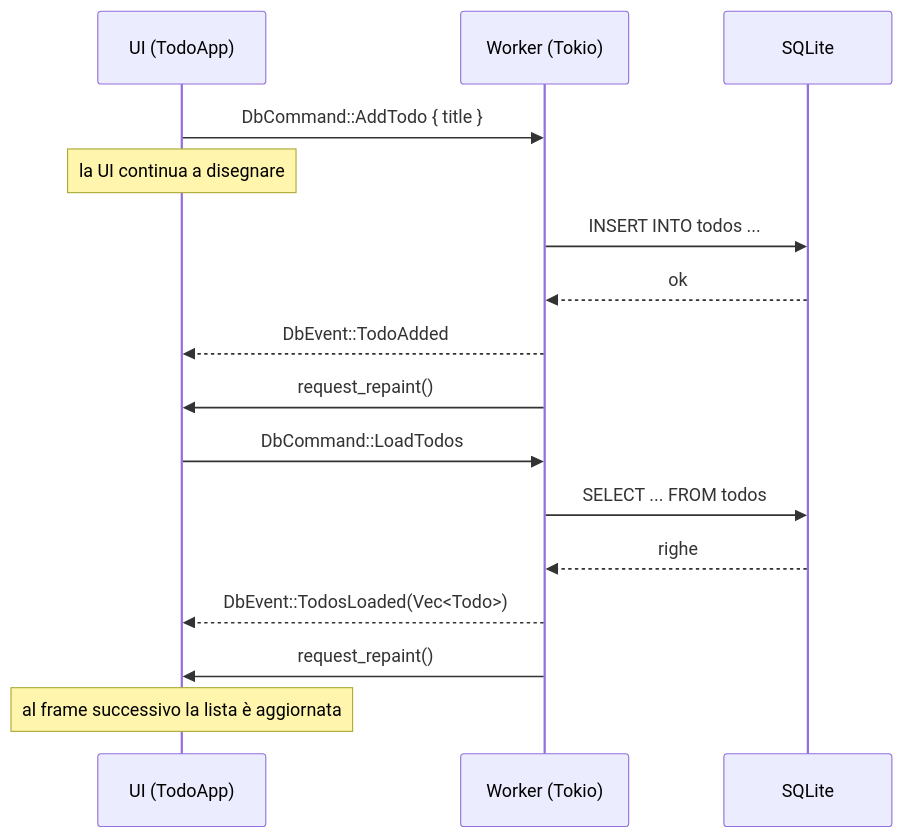
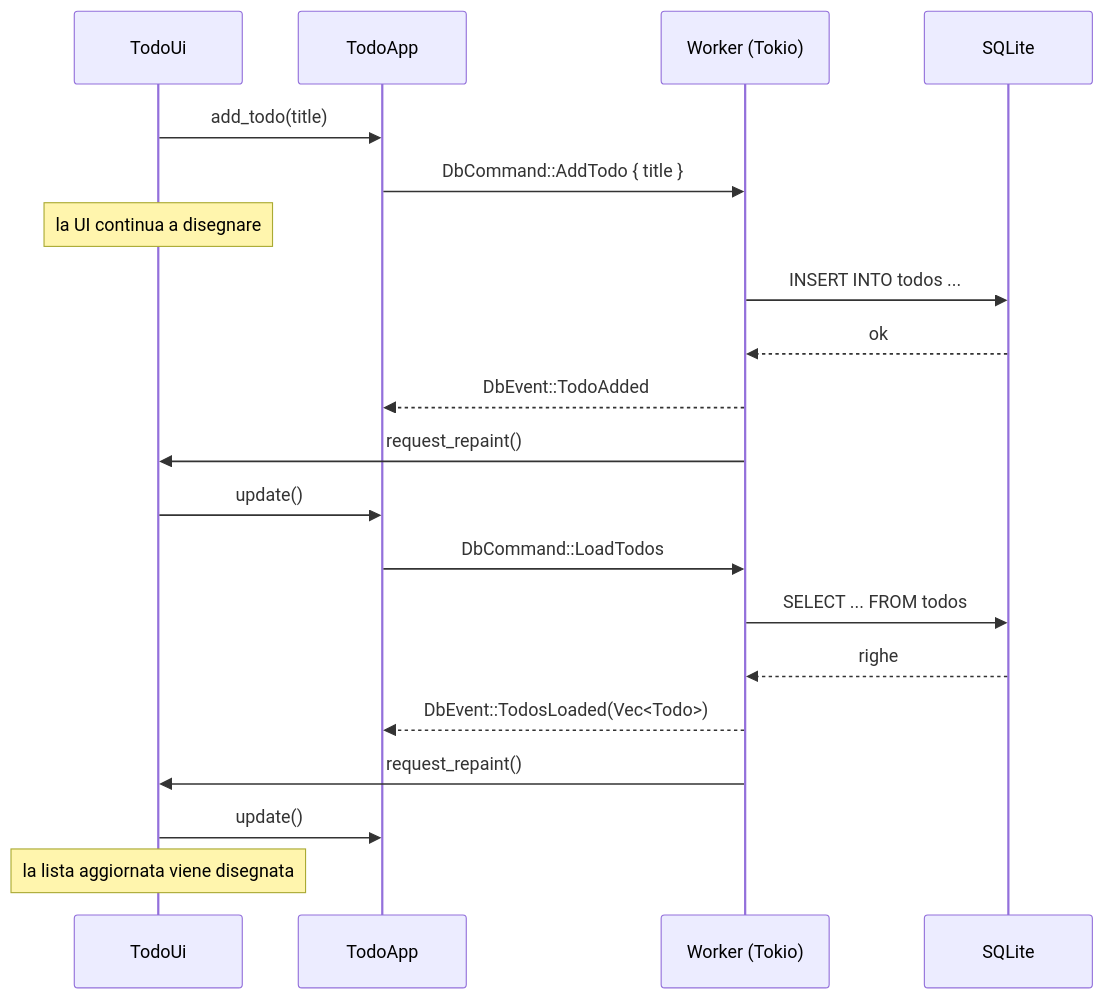
The second of 4 diagrams in README.md (marc0x71/esempio-egui-sqlx), drawn with Mermaid before and after one commit. The commit also changed other lines of this file, not shown here.

Commit message:
docs(readme): update architecture to the layered design and add testing section

````diff
--- a/README.md
+++ b/README.md
@@ -45,19 +49,23 @@
 ```mermaid
 sequenceDiagram
-    participant U as UI (TodoApp)
+    participant UI as TodoUi
+    participant A as TodoApp
     participant W as Worker (Tokio)
     participant DB as SQLite
 
-    U->>W: DbCommand::AddTodo { title }
-    Note over U: la UI continua a disegnare
+    UI->>A: add_todo(title)
+    A->>W: DbCommand::AddTodo { title }
+    Note over UI: la UI continua a disegnare
     W->>DB: INSERT INTO todos ...
     DB-->>W: ok
-    W-->>U: DbEvent::TodoAdded
-    W->>U: request_repaint()
-    U->>W: DbCommand::LoadTodos
+    W-->>A: DbEvent::TodoAdded
+    W->>UI: request_repaint()
+    UI->>A: update()
+    A->>W: DbCommand::LoadTodos
     W->>DB: SELECT ... FROM todos
     DB-->>W: righe
-    W-->>U: DbEvent::TodosLoaded(Vec<Todo>)
-    W->>U: request_repaint()
-    Note over U: al frame successivo la lista è aggiornata
+    W-->>A: DbEvent::TodosLoaded(Vec<Todo>)
+    W->>UI: request_repaint()
+    UI->>A: update()
+    Note over UI: la lista aggiornata viene disegnata
 ```
````
